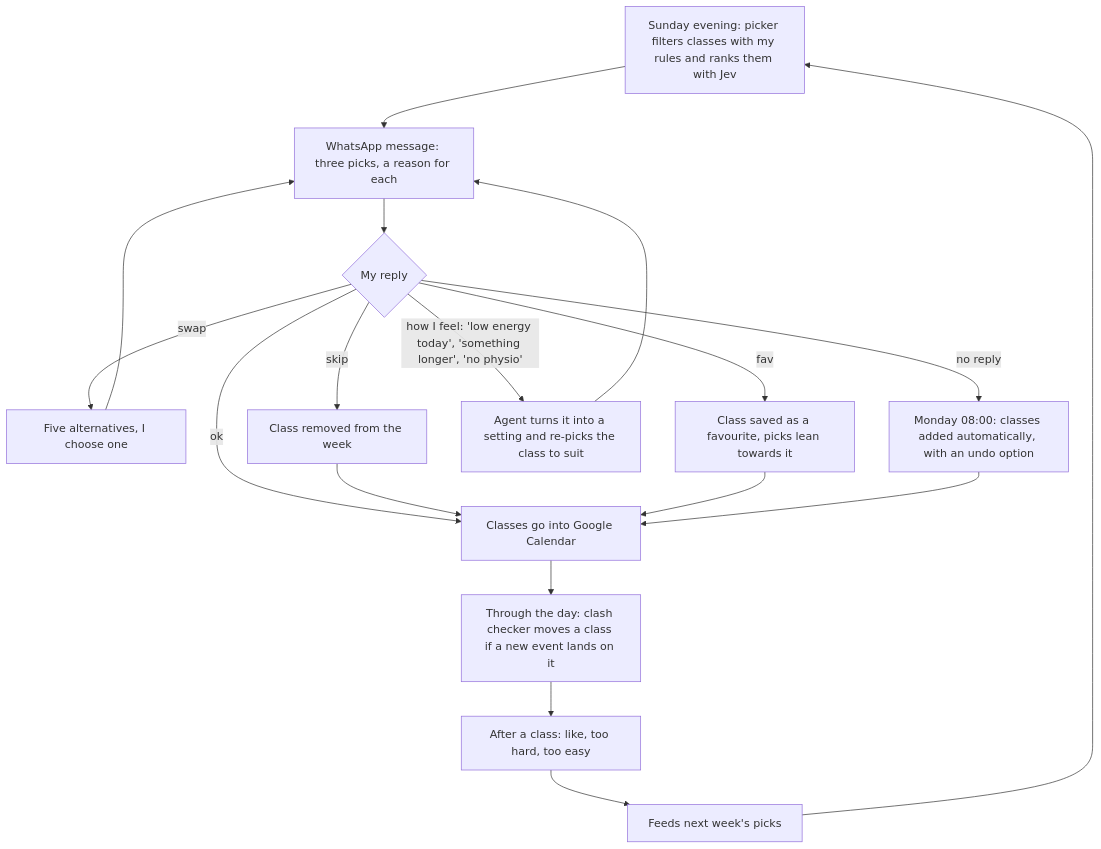
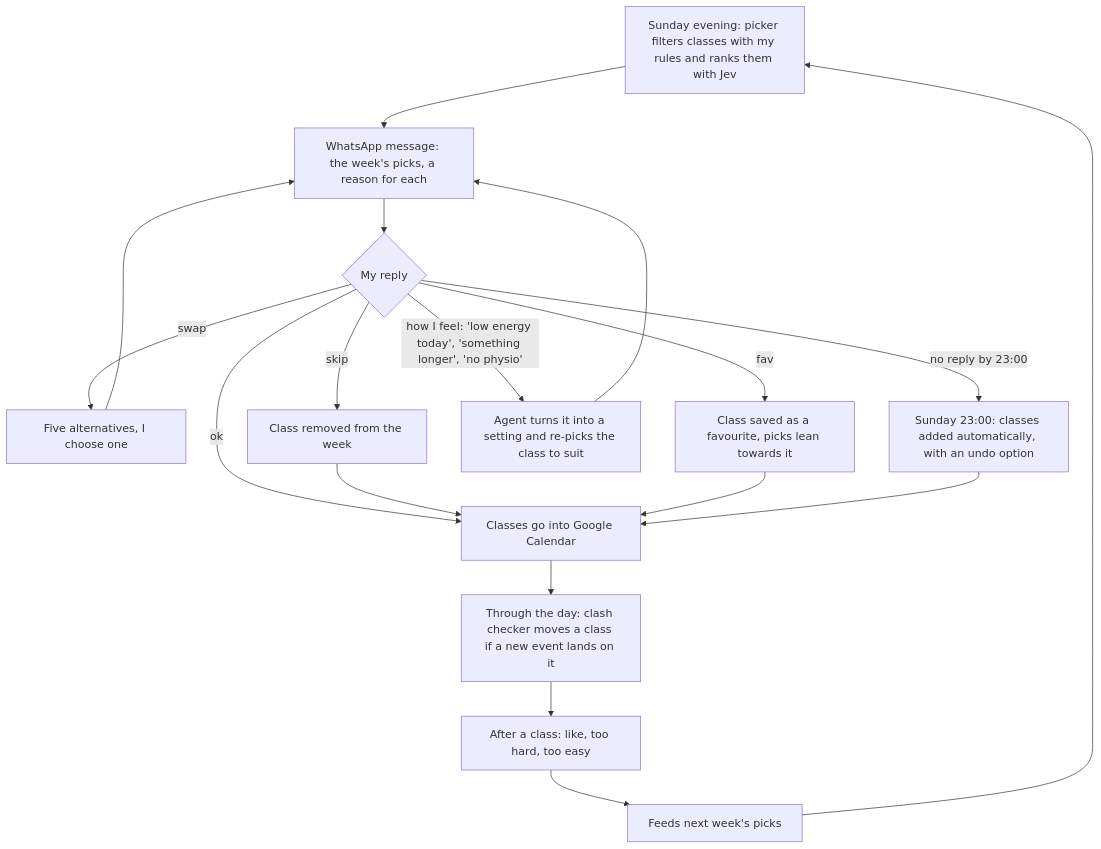
One commit to HoopieUX/weekly-fitness-class-picker changed the second of 2 diagrams in README.md. Above: the diagram before and after it, drawn with Mermaid. The commit also changed other lines of this file and 5 other files, not shown here.

First line of the commit message:
fix: auto-add at 11pm on Sunday adds the coming week

````diff
--- a/README.md
+++ b/README.md
@@ -34,16 +34,16 @@
 ```mermaid
 flowchart TD
-    A["Sunday evening: picker filters classes with my rules and ranks them with Jev"] --> B["WhatsApp message: three picks, a reason for each"]
+    A["Sunday evening: picker filters classes with my rules and ranks them with Jev"] --> B["WhatsApp message: the week's picks, a reason for each"]
     B --> R{"My reply"}
     R -->|ok| CAL["Classes go into Google Calendar"]
     R -->|swap| SW["Five alternatives, I choose one"] --> B
     R -->|skip| SK["Class removed from the week"] --> CAL
     R -->|fav| FV["Class saved as a favourite, picks lean towards it"] --> CAL
     R -->|"how I feel: 'low energy today', 'something longer', 'no physio'"| F["Agent turns it into a setting and re-picks the class to suit"] --> B
-    R -->|no reply| M["Monday 08:00: classes added automatically, with an undo option"]
+    R -->|"no reply by 23:00"| M["Sunday 23:00: classes added automatically, with an undo option"]
     M --> CAL
     CAL --> K["Through the day: clash checker moves a class if a new event lands on it"]
     K --> FB["After a class: like, too hard, too easy"]
     FB --> N["Feeds next week's picks"]
     N --> A
 ```
````
